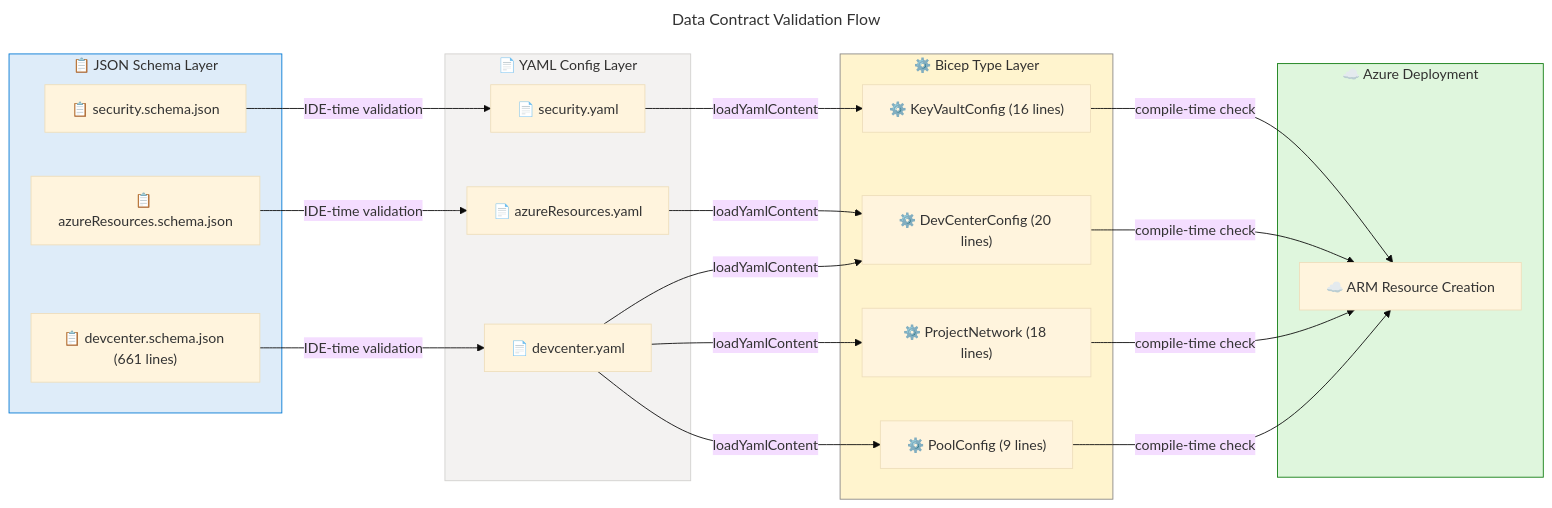
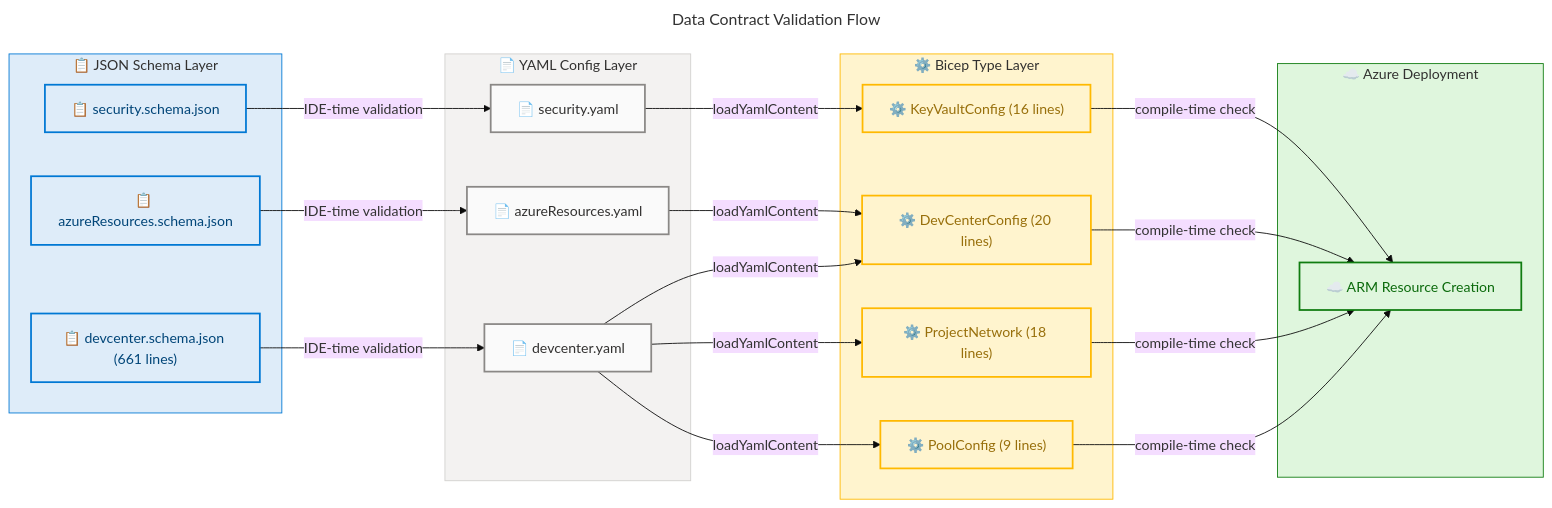
Before and after one commit to Evilazaro/DevExp-DevBox: the seventh of 9 diagrams in docs/architecture/data-architecture.md, drawn with Mermaid. The commit also changed other lines of this file, not shown here.

Commit message:
style: enhance flowchart color coding for improved clarity and categorization

````diff
--- a/docs/architecture/data-architecture.md
+++ b/docs/architecture/data-architecture.md
@@ -881,65 +881,70 @@
 ```mermaid
 ---
 title: Data Contract Validation Flow
 config:
   theme: base
   look: classic
   layout: dagre
   themeVariables:
     fontSize: '16px'
 ---
 flowchart LR
     %% ═══════════════════════════════════════════════════════════════════════════
     %% AZURE / FLUENT ARCHITECTURE PATTERN v1.1
     %% (Semantic + Structural + Font + Accessibility Governance)
     %% ═══════════════════════════════════════════════════════════════════════════
     %% PHASE 1 - STRUCTURAL: Direction explicit, flat topology, nesting ≤ 3
     %% PHASE 2 - SEMANTIC: Colors justified, max 5 semantic classes, neutral-first
     %% PHASE 3 - FONT: Dark text on light backgrounds, contrast ≥ 4.5:1
     %% PHASE 4 - ACCESSIBILITY: accTitle/accDescr present, icons on all nodes
     %% PHASE 5 - STANDARD: Governance block present, classDefs centralized
     %% ═══════════════════════════════════════════════════════════════════════════
 
     accTitle: Data Contract Validation Flow
     accDescr: Shows the three-layer validation contract between JSON Schema, YAML configuration, and Bicep type definitions
 
     subgraph SCHEMA["📋 JSON Schema Layer"]
-        S1["📋 security.schema.json"]
-        S2["📋 azureResources.schema.json"]
-        S3["📋 devcenter.schema.json (661 lines)"]
+        S1["📋 security.schema.json"]:::core
+        S2["📋 azureResources.schema.json"]:::core
+        S3["📋 devcenter.schema.json (661 lines)"]:::core
     end
     style SCHEMA fill:#DEECF9,stroke:#0078D4,color:#323130
 
     subgraph CONFIG["📄 YAML Config Layer"]
-        C1["📄 security.yaml"]
-        C2["📄 azureResources.yaml"]
-        C3["📄 devcenter.yaml"]
+        C1["📄 security.yaml"]:::neutral
+        C2["📄 azureResources.yaml"]:::neutral
+        C3["📄 devcenter.yaml"]:::neutral
     end
     style CONFIG fill:#F3F2F1,stroke:#D2D0CE,color:#323130
 
     subgraph TYPES["⚙️ Bicep Type Layer"]
-        T1["⚙️ KeyVaultConfig (16 lines)"]
-        T2["⚙️ DevCenterConfig (20 lines)"]
-        T3["⚙️ ProjectNetwork (18 lines)"]
-        T4["⚙️ PoolConfig (9 lines)"]
+        T1["⚙️ KeyVaultConfig (16 lines)"]:::warning
+        T2["⚙️ DevCenterConfig (20 lines)"]:::warning
+        T3["⚙️ ProjectNetwork (18 lines)"]:::warning
+        T4["⚙️ PoolConfig (9 lines)"]:::warning
     end
-    style TYPES fill:#FFF4CE,stroke:#8A8886,color:#323130
+    style TYPES fill:#FFF4CE,stroke:#FFB900,color:#323130
 
     subgraph DEPLOY["☁️ Azure Deployment"]
-        D1["☁️ ARM Resource Creation"]
+        D1["☁️ ARM Resource Creation"]:::success
     end
     style DEPLOY fill:#DFF6DD,stroke:#107C10,color:#323130
 
     S1 -->|"IDE-time validation"| C1
     S2 -->|"IDE-time validation"| C2
     S3 -->|"IDE-time validation"| C3
     C1 -->|"loadYamlContent"| T1
     C2 -->|"loadYamlContent"| T2
     C3 -->|"loadYamlContent"| T2
     C3 -->|"loadYamlContent"| T3
     C3 -->|"loadYamlContent"| T4
     T1 -->|"compile-time check"| D1
     T2 -->|"compile-time check"| D1
     T3 -->|"compile-time check"| D1
     T4 -->|"compile-time check"| D1
+
+    classDef core fill:#DEECF9,stroke:#0078D4,stroke-width:2px,color:#004578
+    classDef neutral fill:#FAFAFA,stroke:#8A8886,stroke-width:2px,color:#323130
+    classDef warning fill:#FFF4CE,stroke:#FFB900,stroke-width:2px,color:#986F0B
+    classDef success fill:#DFF6DD,stroke:#107C10,stroke-width:2px,color:#0B6A0B
 ```
````
